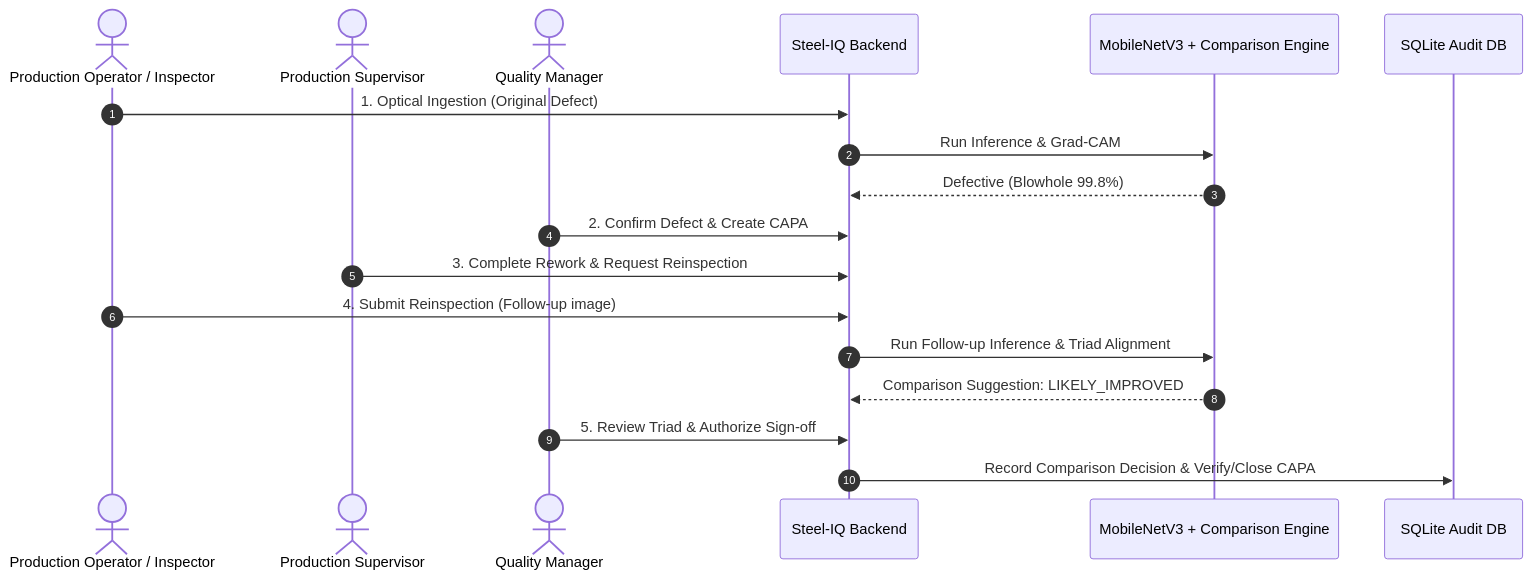
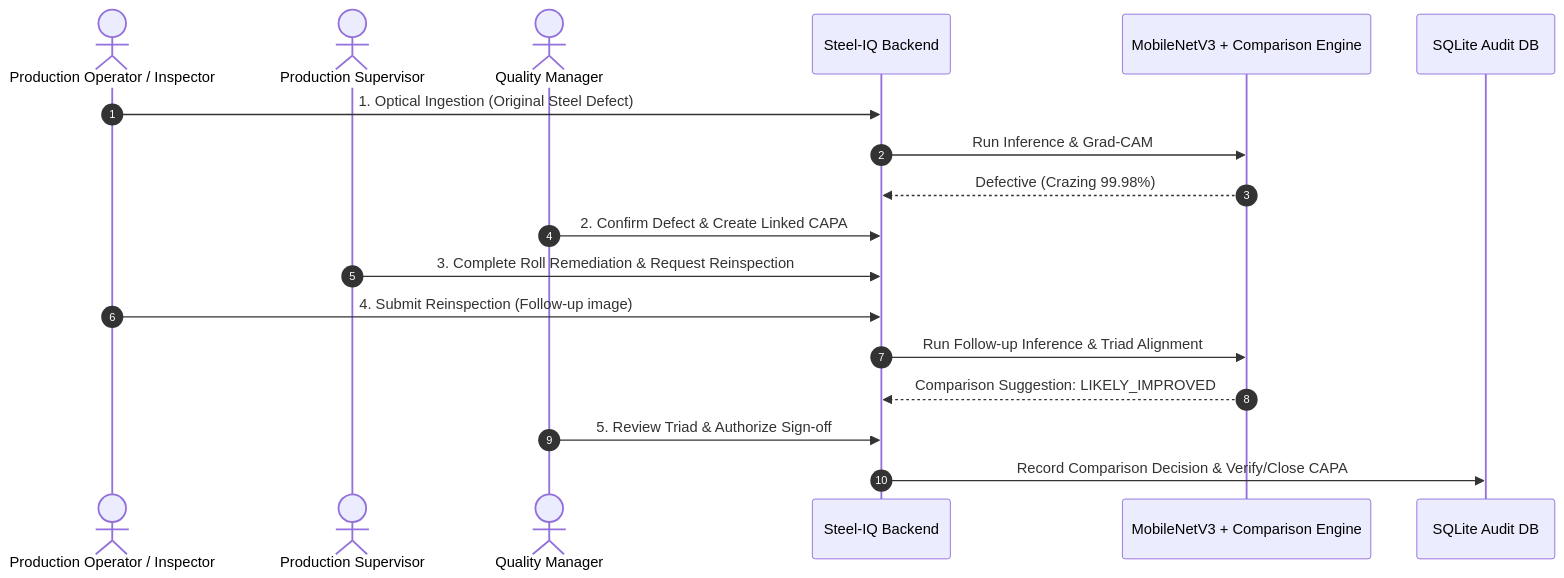
One commit to Karanpatil1201/Buildathon-2.0 changed the second of 3 diagrams in README.md. Above: the diagram before and after it, drawn with Mermaid. The commit also changed other lines of this file and 38 other files, not shown here.

Commit message:
feat: update repository domain to steel surface defect detection (replace casting references and generate genuine steel Grad-CAM heatmaps)

````diff
--- a/README.md
+++ b/README.md
@@ -163,21 +181,21 @@
 ```mermaid
 sequenceDiagram
     autonumber
     actor OP as Production Operator / Inspector
     actor SP as Production Supervisor
     actor QM as Quality Manager
     participant API as Steel-IQ Backend
     participant ML as MobileNetV3 + Comparison Engine
     participant DB as SQLite Audit DB
 
-    OP->>API: 1. Optical Ingestion (Original Defect)
+    OP->>API: 1. Optical Ingestion (Original Steel Defect)
     API->>ML: Run Inference & Grad-CAM
-    ML-->>API: Defective (Blowhole 99.8%)
-    QM->>API: 2. Confirm Defect & Create CAPA
-    SP->>API: 3. Complete Rework & Request Reinspection
+    ML-->>API: Defective (Crazing 99.98%)
+    QM->>API: 2. Confirm Defect & Create Linked CAPA
+    SP->>API: 3. Complete Roll Remediation & Request Reinspection
     OP->>API: 4. Submit Reinspection (Follow-up image)
     API->>ML: Run Follow-up Inference & Triad Alignment
     ML-->>API: Comparison Suggestion: LIKELY_IMPROVED
     QM->>API: 5. Review Triad & Authorize Sign-off
     API->>DB: Record Comparison Decision & Verify/Close CAPA
 ```
````
